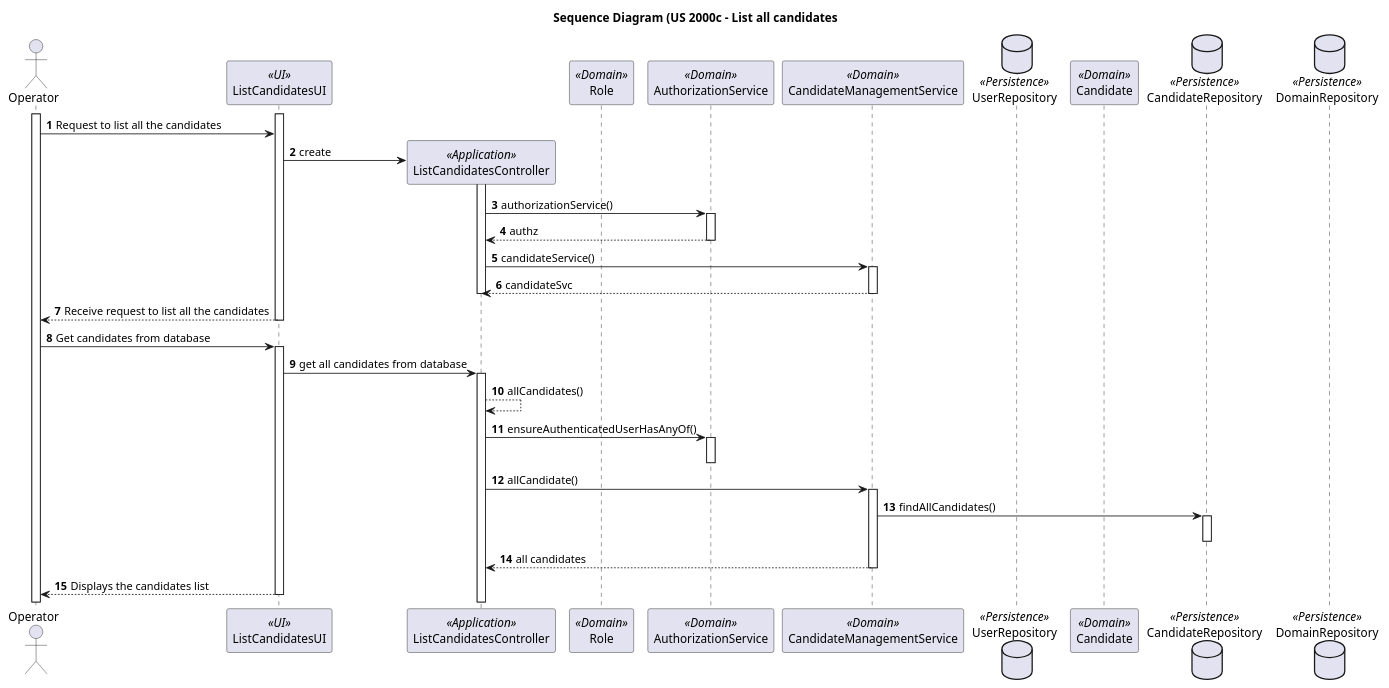
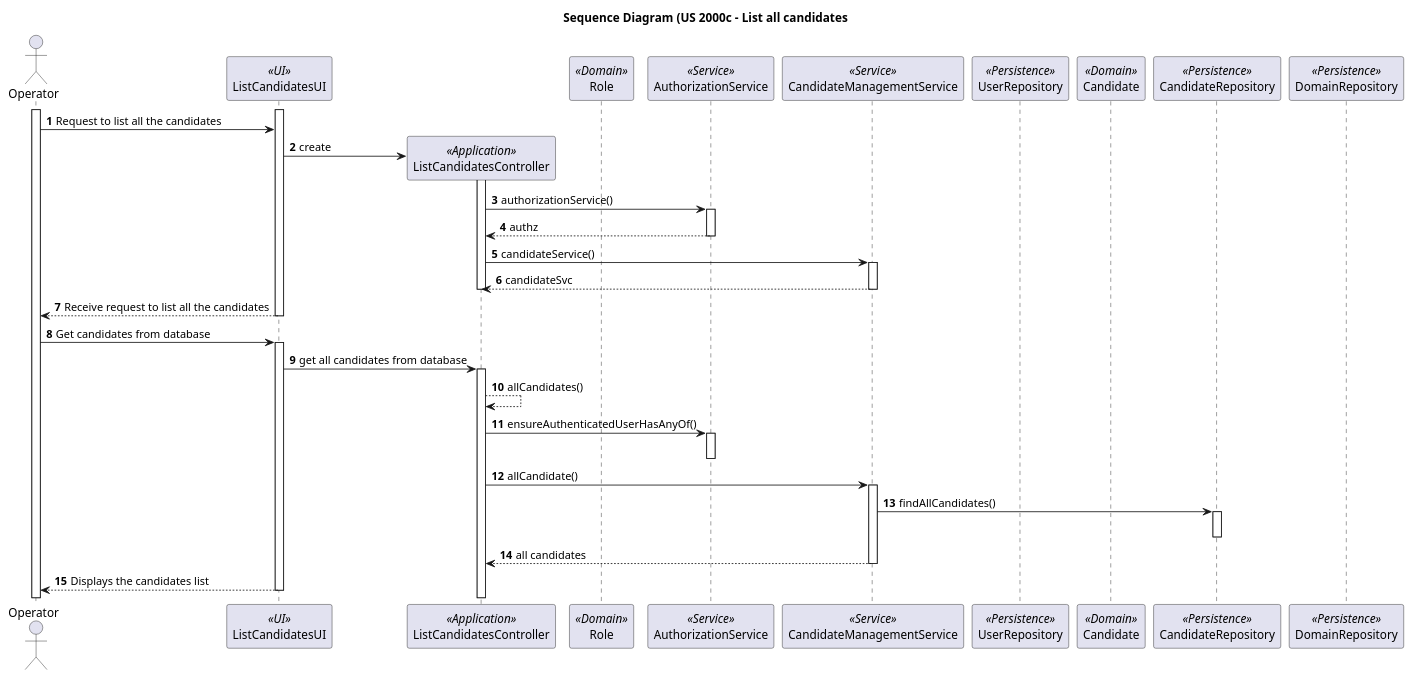
Before and after one commit to marcoferreira37/Lapr4: the diagram in docs/sprintB/2000c/puml/2000c-sequence-diagram.puml, drawn with PlantUML. The commit also changed 19 other files, not shown here.

```diff
--- a/docs/sprintB/2000c/puml/2000c-sequence-diagram.puml
+++ b/docs/sprintB/2000c/puml/2000c-sequence-diagram.puml
@@ -1,52 +1,52 @@
 @startuml
 title Sequence Diagram (US 2000c - List all candidates
 
 autonumber
 actor Operator as Operator
 participant ListCandidatesUI as UI <<UI>>
 participant ListCandidatesController as CTRL <<Application>>
 participant Role as Role <<Domain>>
-participant AuthorizationService as AS <<Domain>>
-participant CandidateManagementService as UMS <<Domain>>
-database UserRepository as URepo <<Persistence>>
+participant AuthorizationService as AS <<Service>>
+participant CandidateManagementService as UMS <<Service>>
+participant UserRepository as URepo <<Persistence>>
 participant Candidate as C <<Domain>>
-database CandidateRepository as CRepo <<Persistence>>
-database DomainRepository as D <<Persistence>>
+participant CandidateRepository as CRepo <<Persistence>>
+participant DomainRepository as D <<Persistence>>
 
 
 activate Operator
 activate UI
 Operator -> UI: Request to list all the candidates
 
 UI -> CTRL**:create
 activate CTRL
 CTRL -> AS : authorizationService()
 activate AS
 AS --> CTRL: authz
 deactivate AS
 CTRL-> UMS : candidateService()
 activate UMS
 UMS-->CTRL: candidateSvc
 deactivate UMS
 deactivate CTRL
 UI --> Operator: Receive request to list all the candidates
 deactivate UI
 Operator -> UI: Get candidates from database
 activate UI
 UI-> CTRL: get all candidates from database
 activate CTRL
 CTRL-->CTRL:allCandidates()
 CTRL->AS : ensureAuthenticatedUserHasAnyOf()
 activate AS
 deactivate AS
 CTRL-> UMS : allCandidate()
 activate UMS
 UMS->CRepo: findAllCandidates()
 activate CRepo
 deactivate CRepo
 UMS-->CTRL: all candidates
 deactivate UMS
 UI --> Operator:Displays the candidates list
 deactivate UI
 
 @enduml
```
